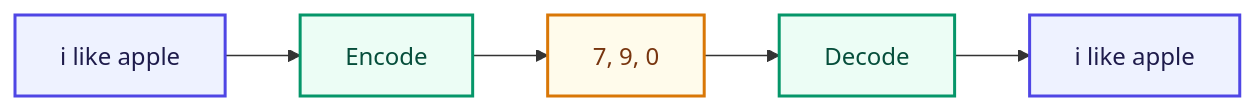
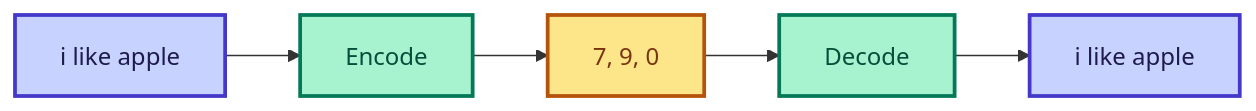
Before and after one commit to bhNibir/build-own-llm: the diagram in content/docs/part-01-tokenizer/05-encoding.mdx, drawn with Mermaid. The commit also changed 22 other files, not shown here.

First line of the commit message:
Refactor Mermaid and diagram styles for improved readability and consistency

````diff
--- a/content/docs/part-01-tokenizer/05-encoding.mdx
+++ b/content/docs/part-01-tokenizer/05-encoding.mdx
@@ -12,10 +12,10 @@
 ```mermaid
 flowchart LR
     A["i like apple"]:::input --> B["Encode"]:::process
     B --> C["7, 9, 0"]:::output
     C --> D["Decode"]:::process
     D --> E["i like apple"]:::input
-    classDef input fill:#EEF2FF,color:#1E1B4B,stroke:#4F46E5,stroke-width:2px
-    classDef process fill:#ECFDF5,color:#064E3B,stroke:#059669,stroke-width:2px
-    classDef output fill:#FFFBEB,color:#78350F,stroke:#D97706,stroke-width:2px
+    classDef input fill:#C7D2FE,color:#1E1B4B,stroke:#4338CA,stroke-width:2.5px
+    classDef process fill:#A7F3D0,color:#064E3B,stroke:#047857,stroke-width:2.5px
+    classDef output fill:#FDE68A,color:#78350F,stroke:#B45309,stroke-width:2.5px
 ```
````
